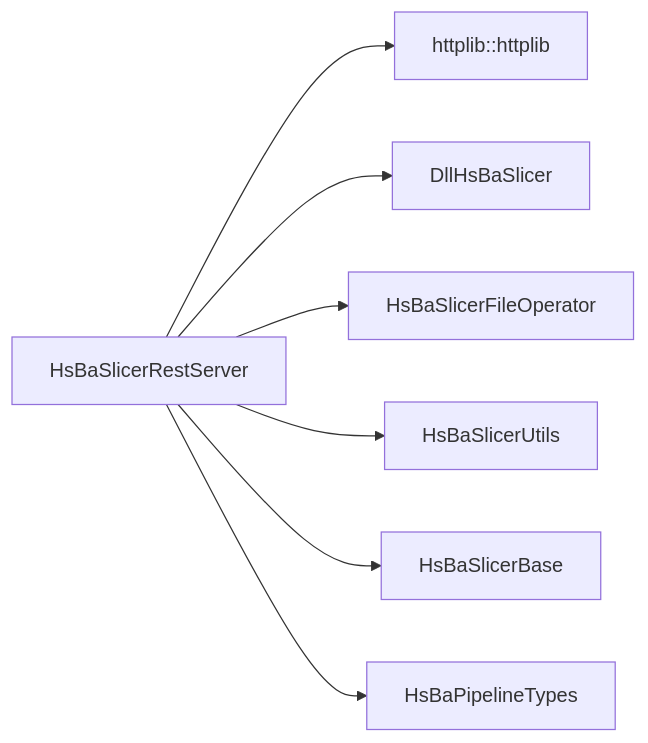
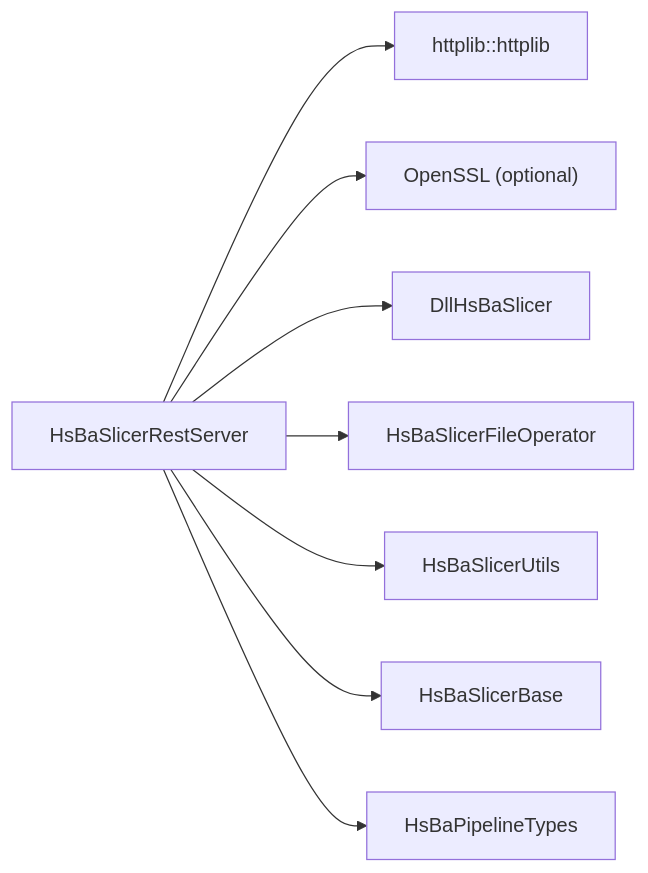
The ninth of 9 diagrams in .qoder/repowiki/en/content/Core Modules/REST API Server.md (hsmbanlance/HsBaSlicer), drawn with Mermaid before and after one commit. The commit also changed other lines of this file and 101 other files, not shown here.

````diff
--- a/.qoder/repowiki/en/content/Core Modules/REST API Server.md
+++ b/.qoder/repowiki/en/content/Core Modules/REST API Server.md
@@ -326,9 +481,10 @@
 ```mermaid
 graph LR
 Rest["HsBaSlicerRestServer"] --> Httplib["httplib::httplib"]
+Rest --> OpenSSL["OpenSSL (optional)"]
 Rest --> Dll["DllHsBaSlicer"]
 Rest --> FileOp["HsBaSlicerFileOperator"]
 Rest --> Utils["HsBaSlicerUtils"]
 Rest --> Base["HsBaSlicerBase"]
 Rest --> Types["HsBaPipelineTypes"]
 ```
````
